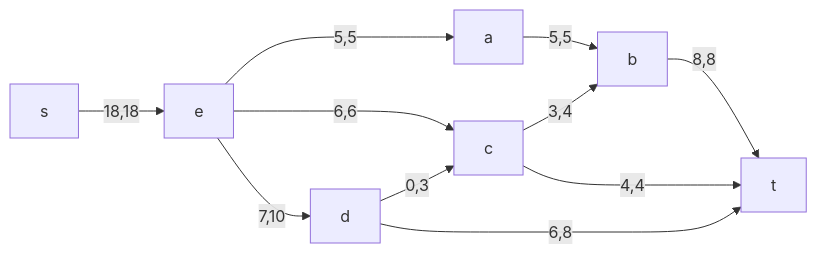
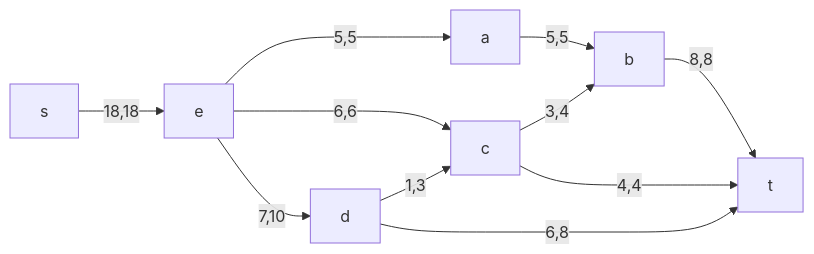
Diagram 14 of 14 in task-10/pustobek.md (hse-algo-24-raven/manual-tasks-raven), drawn with Mermaid before and after one commit. The commit also changed other lines of this file, not shown here.

````diff
--- a/task-10/pustobek.md
+++ b/task-10/pustobek.md
@@ -298,13 +298,13 @@
 ```mermaid
 graph LR
     s-->|18,18|e
     e-->|5,5|a
     e-->|6,6|c
     e-->|7,10|d
     a-->|5,5|b
     c-->|3,4|b
-    d-->|0,3|c
+    d-->|1,3|c
     b-->|8,8|t
     c-->|4,4|t
     d-->|6,8|t   
 ```
````
